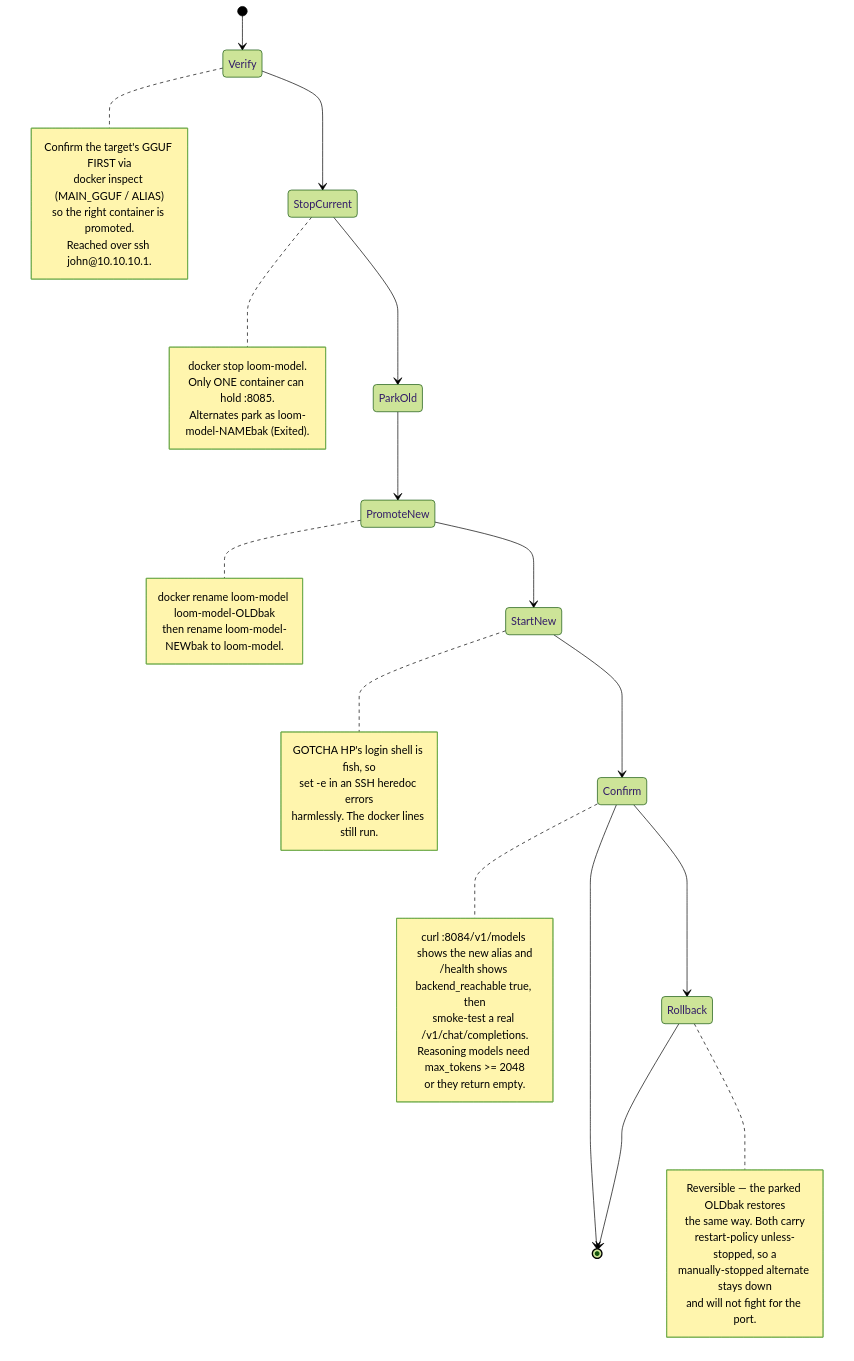
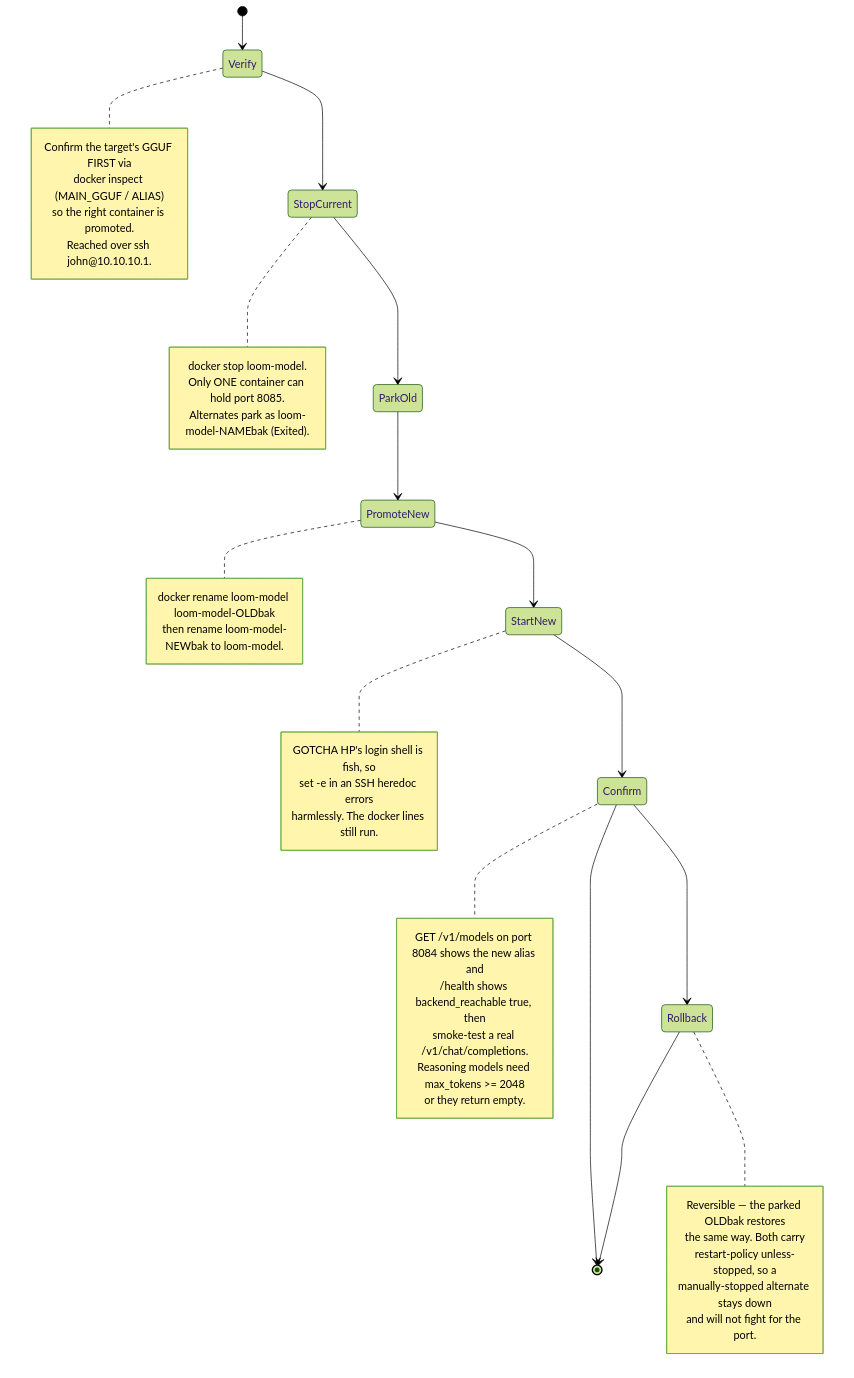
Before and after one commit to DreamLab-AI/VisionFlow: the ninth of 10 diagrams in docs/diagrams/estate/06-loom-and-email-privacy-path.md, drawn with Mermaid (forest theme). The commit also changed other lines of this file and 7 other files, not shown here.

Commit message:
docs(diagrams): bind closeout security and retrieval flows to source

````diff
--- a/docs/diagrams/estate/06-loom-and-email-privacy-path.md
+++ b/docs/diagrams/estate/06-loom-and-email-privacy-path.md
@@ -277,47 +279,47 @@
 ```mermaid
 stateDiagram-v2
     [*] --> Verify
     Verify --> StopCurrent
     StopCurrent --> ParkOld
     ParkOld --> PromoteNew
     PromoteNew --> StartNew
     StartNew --> Confirm
     Confirm --> [*]
     Confirm --> Rollback
     Rollback --> [*]
 
     note right of Verify
         Confirm the target's GGUF FIRST via
         docker inspect (MAIN_GGUF / ALIAS)
         so the right container is promoted.
         Reached over ssh john@10.10.10.1.
     end note
     note right of StopCurrent
         docker stop loom-model.
-        Only ONE container can hold :8085.
+        Only ONE container can hold port 8085.
         Alternates park as loom-model-NAMEbak (Exited).
     end note
     note right of PromoteNew
         docker rename loom-model loom-model-OLDbak
         then rename loom-model-NEWbak to loom-model.
     end note
     note right of Confirm
-        curl :8084/v1/models shows the new alias and
+        GET /v1/models on port 8084 shows the new alias and
         /health shows backend_reachable true, then
         smoke-test a real /v1/chat/completions.
         Reasoning models need max_tokens >= 2048
         or they return empty.
     end note
     note right of Rollback
         Reversible — the parked OLDbak restores
         the same way. Both carry
         restart-policy unless-stopped, so a
         manually-stopped alternate stays down
         and will not fight for the port.
     end note
     note right of StartNew
         GOTCHA HP's login shell is fish, so
         set -e in an SSH heredoc errors
         harmlessly. The docker lines still run.
     end note
 ```
````
